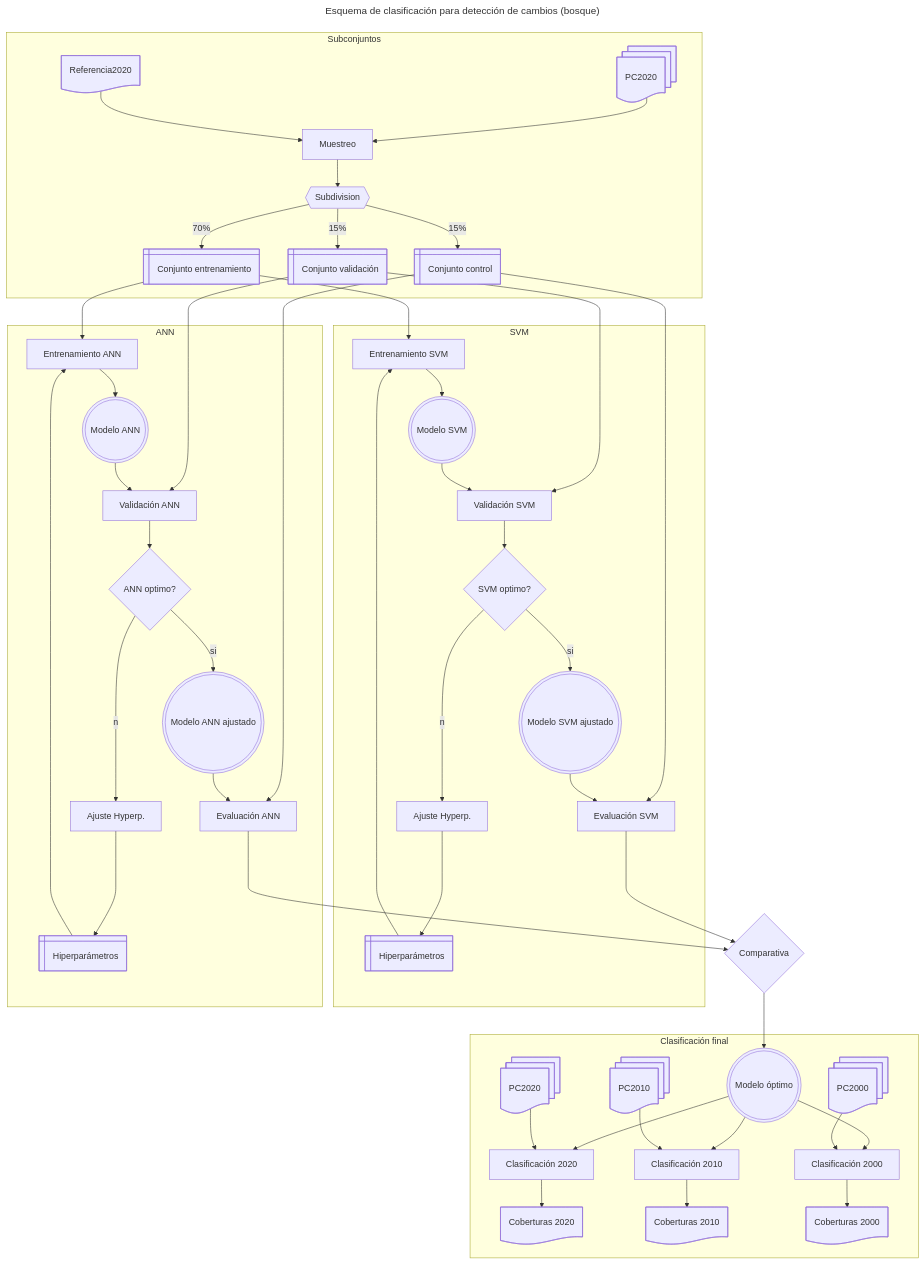
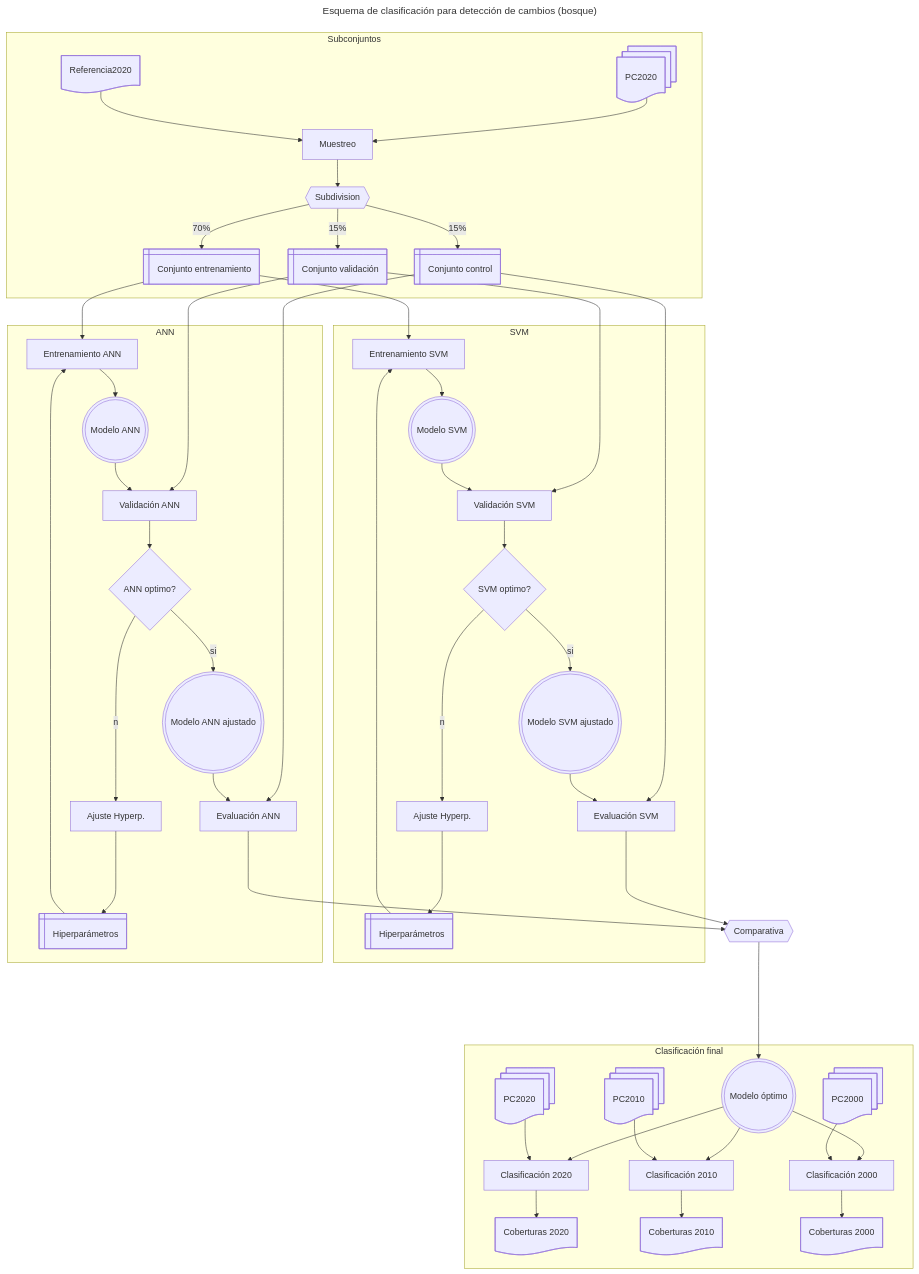
Before and after one commit to vshalisko/GEE: the diagram in ANPs/Esquema_clasificacion.mermaid, drawn with Mermaid.

```diff
--- a/ANPs/Esquema_clasificacion.mermaid
+++ b/ANPs/Esquema_clasificacion.mermaid
@@ -1,95 +1,95 @@
 ---
 title: Esquema de clasificación para detección de cambios (bosque)
 ---
 flowchart TD
     PC2000@{ shape: docs, label: PC2000}
     PC2010@{ shape: docs, label: PC2010}
     PC2020@{ shape: docs, label: PC2020}
     PC2020A@{ shape: docs, label: PC2020}
     Ref2020@{ shape: doc, label: Referencia2020}
     Muestreo@{ shape: proc, label: Muestreo}
     Subset@{ shape: hex, label: Subdivision}
     Train2020@{ shape: win-pane, label: Conjunto entrenamiento}
     Test2020@{ shape: win-pane, label: Conjunto control}
     Valid2020@{ shape: win-pane, label: Conjunto validación}
 
     HyperparamSVM@{ shape: win-pane, label: Hiperparámetros}
     HyperparamANN@{ shape: win-pane, label: Hiperparámetros}
     TrainSVM@{ shape: proc, label: Entrenamiento SVM}
     TrainANN@{ shape: proc, label: Entrenamiento ANN}
     ModeloSVM@{ shape: double-circle, label: Modelo SVM}
     ModeloANN@{ shape: double-circle, label: Modelo ANN}
     ModeloSVMok@{ shape: double-circle, label: Modelo SVM ajustado}
     ModeloANNok@{ shape: double-circle, label: Modelo ANN ajustado}
     ValidSVM@{ shape: proc, label: Validación SVM}
     ValidANN@{ shape: proc, label: Validación ANN}
     OptimSVM@{ shape: diam, label: SVM optimo?}
     OptimANN@{ shape: diam, label: ANN optimo?}
     ControlSVM@{ shape: proc, label: Evaluación SVM}
     ControlANN@{ shape: proc, label: Evaluación ANN}
     AjusteHypSVM@{ shape: proc, label: Ajuste Hyperp.}
     AjusteHypANN@{ shape: proc, label: Ajuste Hyperp.}
-    Comparativa@{ shape: diam, label: Comparativa}
+    Comparativa@{ shape: hex, label: Comparativa}
     ModeloOptimo@{ shape: double-circle, label: Modelo óptimo}
 
     Clasif2020@{ shape: proc, label: Clasificación 2020}
     Clasif2010@{ shape: proc, label: Clasificación 2010}
     Clasif2000@{ shape: proc, label: Clasificación 2000}
 
     Coberturas2020@{ shape: doc, label: Coberturas 2020}
     Coberturas2010@{ shape: doc, label: Coberturas 2010}
     Coberturas2000@{ shape: doc, label: Coberturas 2000}
 
     subgraph Subconjuntos
         PC2020A --> Muestreo
         Ref2020 --> Muestreo
         Muestreo --> Subset
         Subset --70%--> Train2020
         Subset --15%--> Test2020
         Subset --15%--> Valid2020
     end
 
     Train2020 --> TrainSVM    
     Train2020 --> TrainANN    
     Valid2020 --> ValidSVM
     Valid2020 --> ValidANN
     Test2020 --> ControlSVM
     Test2020 --> ControlANN
 
     subgraph SVM
         HyperparamSVM ----> TrainSVM
         TrainSVM --> ModeloSVM
         ModeloSVM --> ValidSVM
         ValidSVM --> OptimSVM
         OptimSVM --si--> ModeloSVMok
         OptimSVM --no--> AjusteHypSVM
         AjusteHypSVM ----> HyperparamSVM
         ModeloSVMok --> ControlSVM
     end
 
     subgraph ANN
         HyperparamANN ----> TrainANN
         TrainANN --> ModeloANN
         ModeloANN --> ValidANN
         ValidANN --> OptimANN
         OptimANN --si--> ModeloANNok
         OptimANN --no--> AjusteHypANN
         AjusteHypANN ----> HyperparamANN
         ModeloANNok --> ControlANN
     end
 
     ControlANN ----> Comparativa
     ControlSVM ----> Comparativa
-    Comparativa --> ModeloOptimo
+    Comparativa ----> ModeloOptimo
 
     subgraph Clasificación final
         ModeloOptimo --> Clasif2020
         ModeloOptimo --> Clasif2010
         ModeloOptimo --> Clasif2000
         PC2020 --> Clasif2020
         PC2010 --> Clasif2010
         PC2000 --> Clasif2000
         Clasif2020 --> Coberturas2020
         Clasif2010 --> Coberturas2010
         Clasif2000 --> Coberturas2000
     end
```
